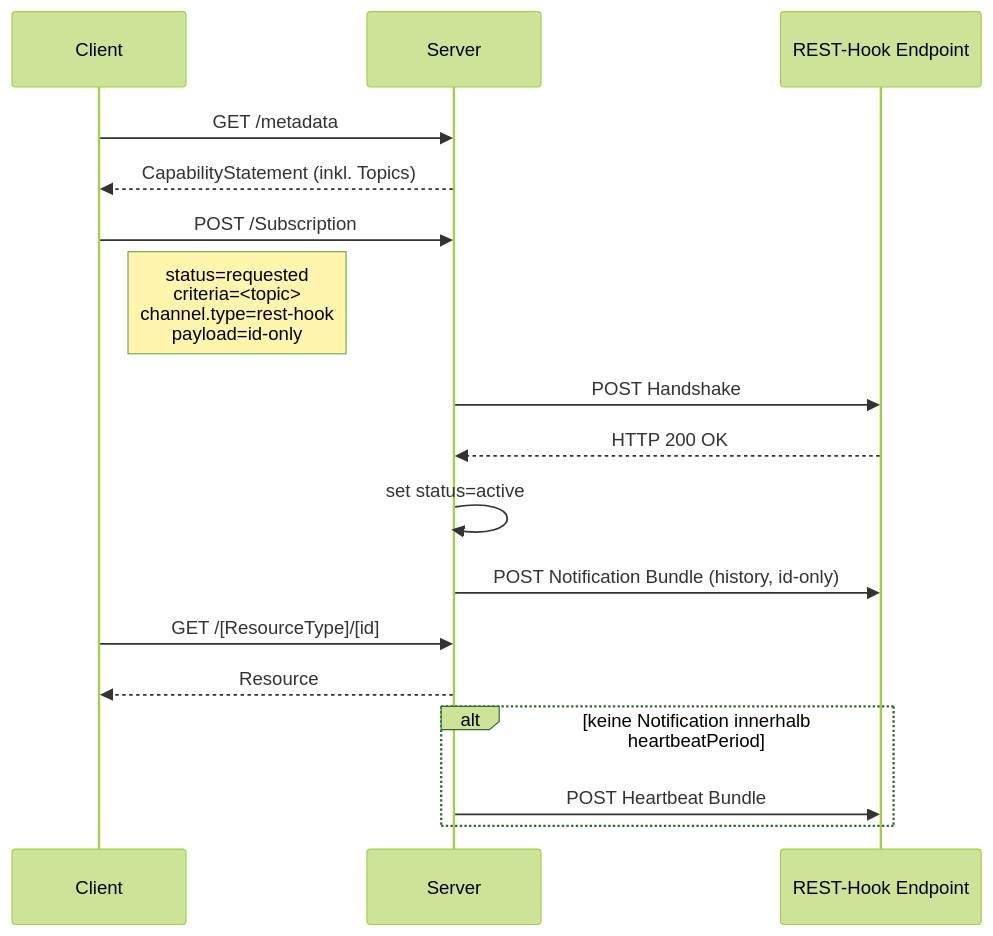
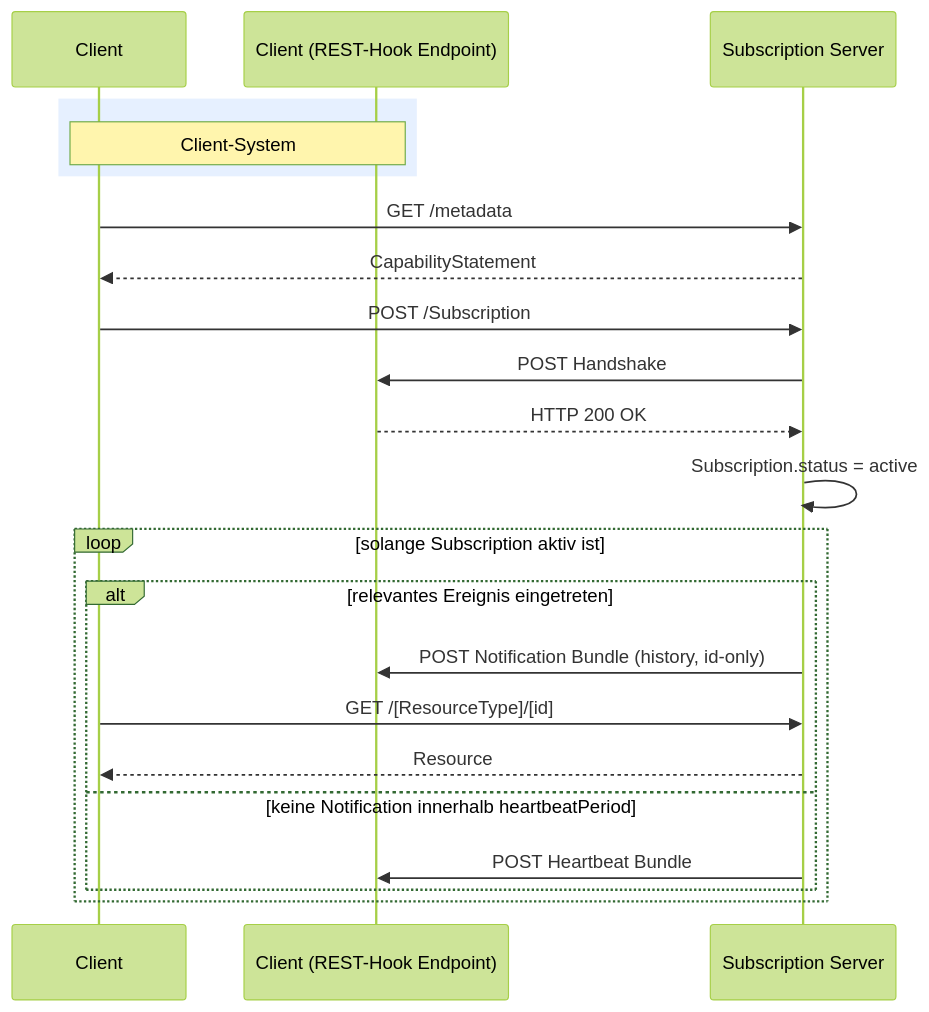
Before and after one commit to gematik/spec-ISiK-Basismodul: the first of 2 diagrams in publisher-guides/Subscription/input/pagecontent/FunktionenInteraktionen.md, drawn with Mermaid (forest theme). The commit also changed other lines of this file and 45 other files, not shown here.

Commit message:
feat: enhance Subscription profile with additional topics and update related structures

````diff
--- a/publisher-guides/Subscription/input/pagecontent/FunktionenInteraktionen.md
+++ b/publisher-guides/Subscription/input/pagecontent/FunktionenInteraktionen.md
@@ -91,26 +112,28 @@
 ```mermaid
 sequenceDiagram
     participant Client
-    participant Server
-    participant Endpoint as REST-Hook Endpoint
+    participant Endpoint as Client (REST-Hook Endpoint)
+    participant Subscription Server
 
-    Client->>Server: GET /metadata
-    Server-->>Client: CapabilityStatement (inkl. Topics)
+    rect rgb(230, 240, 255)
+    note over Client,Endpoint: Client-System
+    end
 
-    Client->>Server: POST /Subscription
-    Note right of Client: status=requested<br/>criteria=<topic><br/>channel.type=rest-hook<br/>payload=id-only
+    Client->>Subscription Server: GET /metadata
+    Subscription Server-->>Client: CapabilityStatement
 
-    Server->>Endpoint: POST Handshake
-    Endpoint-->>Server: HTTP 200 OK
+    Client->>Subscription Server: POST /Subscription
+    Subscription Server->>Endpoint: POST Handshake
+    Endpoint-->>Subscription Server: HTTP 200 OK
+    Subscription Server->>Subscription Server: Subscription.status = active
 
-    Server->>Server: set status=active
-
-    Server->>Endpoint: POST Notification Bundle (history, id-only)
-
-    Client->>Server: GET /[ResourceType]/[id]
-    Server-->>Client: Resource
-
-    alt keine Notification innerhalb heartbeatPeriod
-        Server->>Endpoint: POST Heartbeat Bundle
+    loop solange Subscription aktiv ist
+        alt relevantes Ereignis eingetreten
+            Subscription Server->>Endpoint: POST Notification Bundle (history, id-only)
+            Client->>Subscription Server: GET /[ResourceType]/[id]
+            Subscription Server-->>Client: Resource
+        else keine Notification innerhalb heartbeatPeriod
+            Subscription Server->>Endpoint: POST Heartbeat Bundle
+        end
     end
 ```
````
